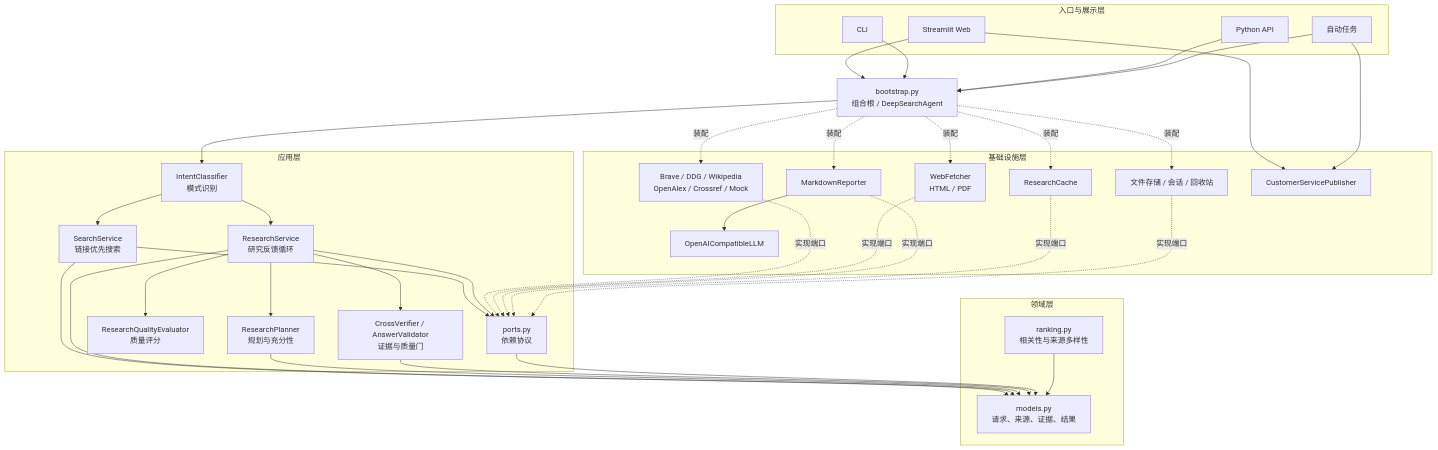
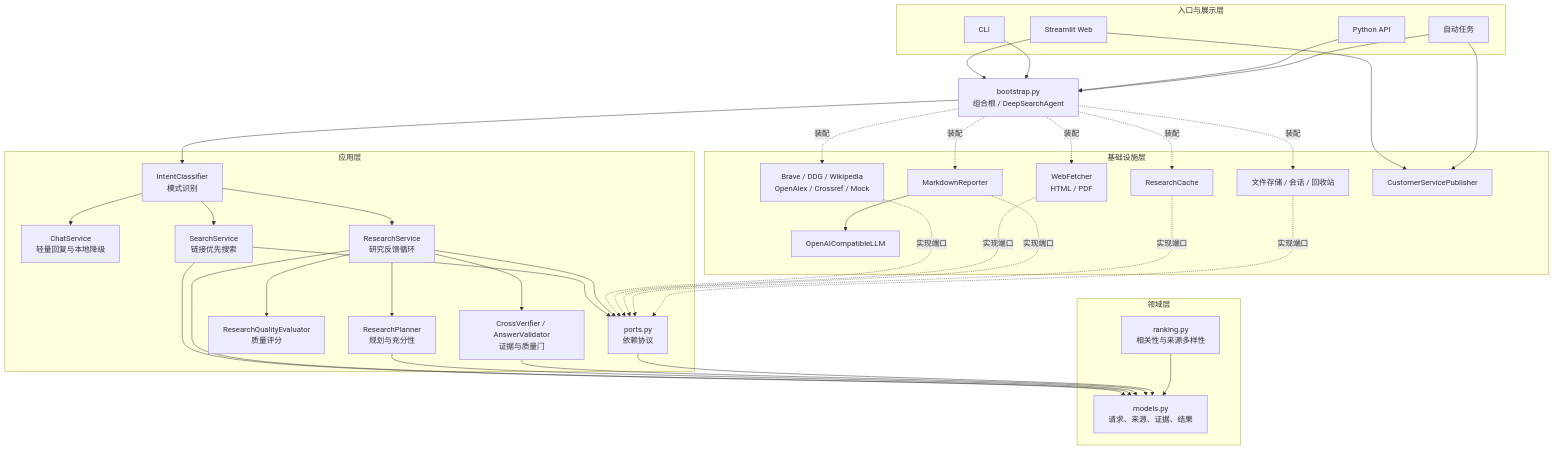
One commit to AllSuoHa/DeepSearch changed the second of 5 diagrams in README.md. Above: the diagram before and after it, drawn with Mermaid. The commit also changed other lines of this file and 66 other files, not shown here.

````diff
--- a/README.md
+++ b/README.md
@@ -206,68 +219,70 @@
 ```mermaid
 flowchart TB
     subgraph Entry[入口与展示层]
         WEB[Streamlit Web]
         CLI[CLI]
         API[Python API]
         JOB[自动任务]
     end
 
     BOOT[bootstrap.py<br/>组合根 / DeepSearchAgent]
 
     subgraph Application[应用层]
         ROUTER[IntentClassifier<br/>模式识别]
+        CHAT[ChatService<br/>轻量回复与本地降级]
         SEARCH[SearchService<br/>链接优先搜索]
         RESEARCH[ResearchService<br/>研究反馈循环]
         PLAN[ResearchPlanner<br/>规划与充分性]
         VERIFY[CrossVerifier / AnswerValidator<br/>证据与质量门]
         SCORE[ResearchQualityEvaluator<br/>质量评分]
         PORTS[ports.py<br/>依赖协议]
     end
 
     subgraph Domain[领域层]
         MODELS[models.py<br/>请求、来源、证据、结果]
         RANK[ranking.py<br/>相关性与来源多样性]
     end
 
     subgraph Infrastructure[基础设施层]
         PROVIDERS[Brave / DDG / Wikipedia<br/>OpenAlex / Crossref / Mock]
         FETCH[WebFetcher<br/>HTML / PDF]
         LLM[OpenAICompatibleLLM]
         REPORT[MarkdownReporter]
         CACHE[ResearchCache]
         STORE[文件存储 / 会话 / 回收站]
         DELIVERY[CustomerServicePublisher]
     end
 
     WEB --> BOOT
     CLI --> BOOT
     API --> BOOT
     JOB --> BOOT
     BOOT --> ROUTER
+    ROUTER --> CHAT
     ROUTER --> SEARCH
     ROUTER --> RESEARCH
     RESEARCH --> PLAN
     RESEARCH --> VERIFY
     RESEARCH --> SCORE
     SEARCH --> MODELS
     SEARCH --> PORTS
     RESEARCH --> MODELS
     PLAN --> MODELS
     VERIFY --> MODELS
     RESEARCH --> PORTS
     PORTS --> MODELS
     RANK --> MODELS
     BOOT -. 装配 .-> PROVIDERS
     BOOT -. 装配 .-> FETCH
     BOOT -. 装配 .-> REPORT
     BOOT -. 装配 .-> CACHE
     BOOT -. 装配 .-> STORE
     PROVIDERS -. 实现端口 .-> PORTS
     FETCH -. 实现端口 .-> PORTS
     REPORT -. 实现端口 .-> PORTS
     CACHE -. 实现端口 .-> PORTS
     STORE -. 实现端口 .-> PORTS
     REPORT --> LLM
     WEB --> DELIVERY
     JOB --> DELIVERY
 ```
````
